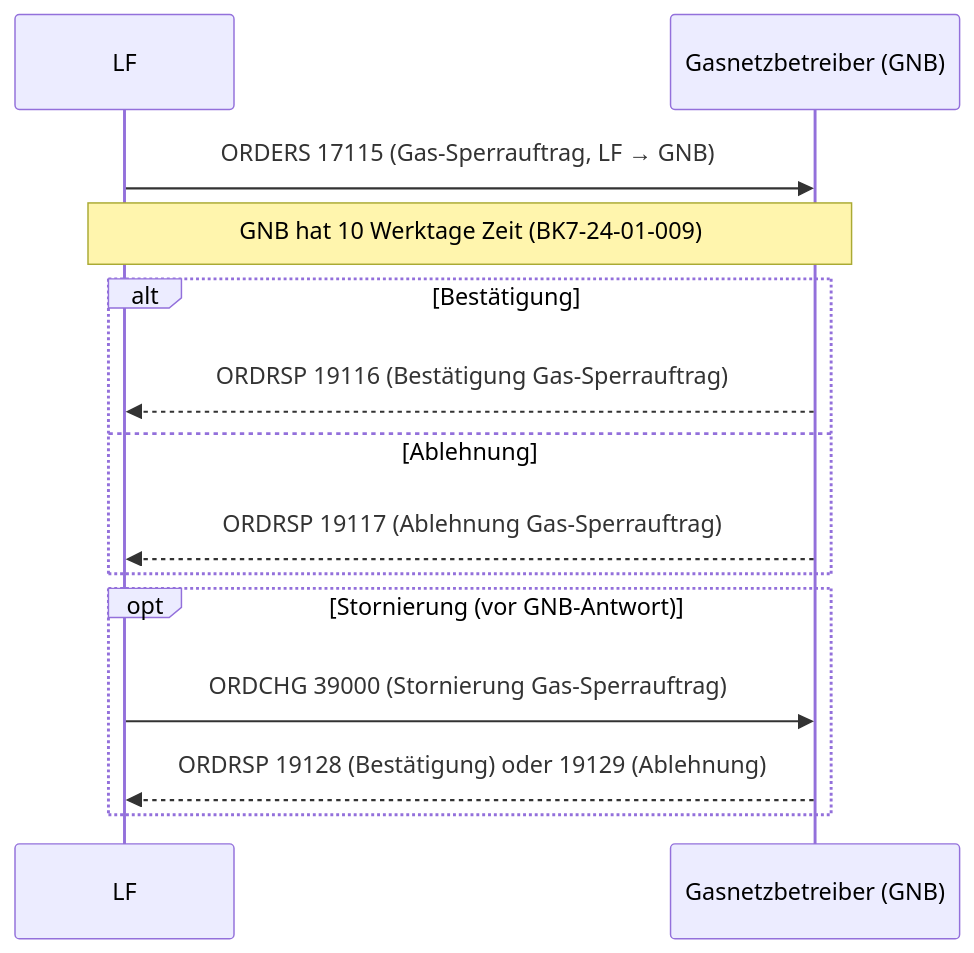
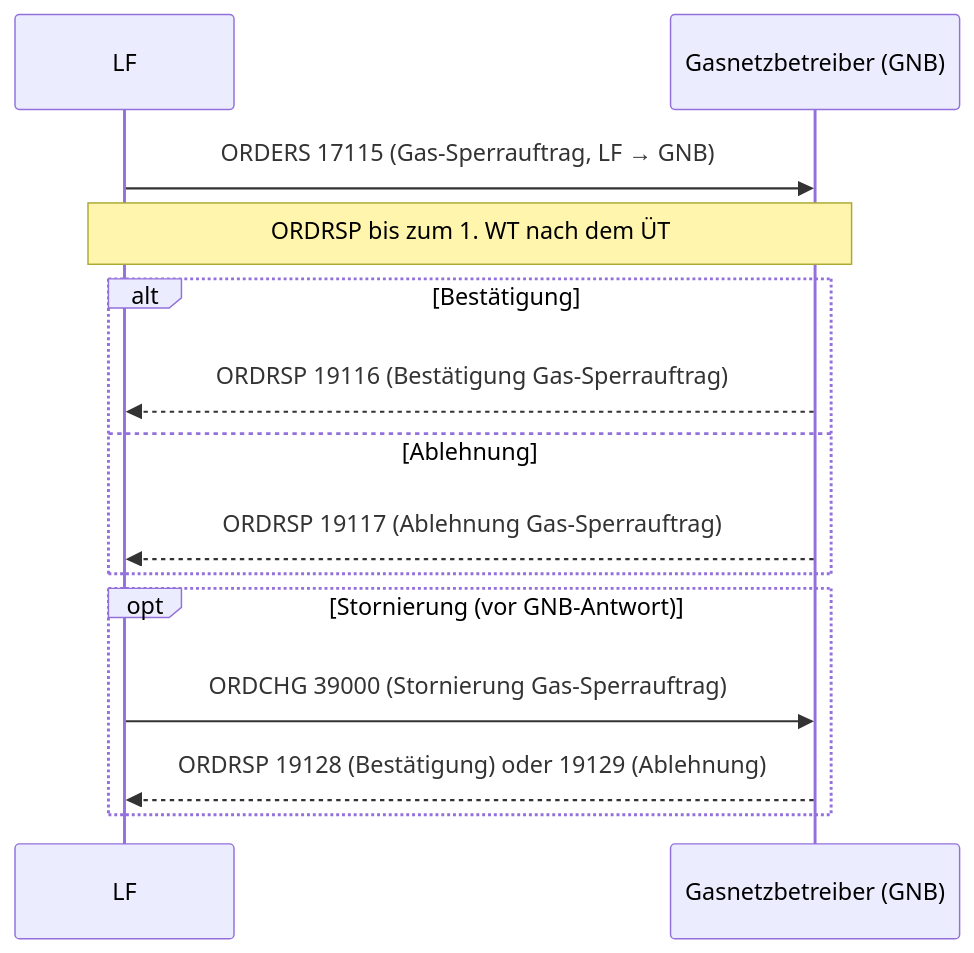
Before and after one commit to hupe1980/mako: the sixth of 9 diagrams in site/content/docs/reference/processes.md, drawn with Mermaid. The commit also changed other lines of this file and 261 other files, not shown here.

````diff
--- a/site/content/docs/reference/processes.md
+++ b/site/content/docs/reference/processes.md
@@ -967,19 +1080,19 @@
 ```mermaid
 sequenceDiagram
     participant LF
     participant GNB as Gasnetzbetreiber (GNB)
 
     LF->>GNB: ORDERS 17115 (Gas-Sperrauftrag, LF → GNB)
-    Note over LF,GNB: GNB hat 10 Werktage Zeit (BK7-24-01-009)
+    Note over LF,GNB: ORDRSP bis zum 1. WT nach dem ÜT
 
     alt Bestätigung
         GNB-->>LF: ORDRSP 19116 (Bestätigung Gas-Sperrauftrag)
     else Ablehnung
         GNB-->>LF: ORDRSP 19117 (Ablehnung Gas-Sperrauftrag)
     end
 
     opt Stornierung (vor GNB-Antwort)
         LF->>GNB:  ORDCHG 39000 (Stornierung Gas-Sperrauftrag)
         GNB-->>LF: ORDRSP 19128 (Bestätigung) oder 19129 (Ablehnung)
     end
 ```
````
